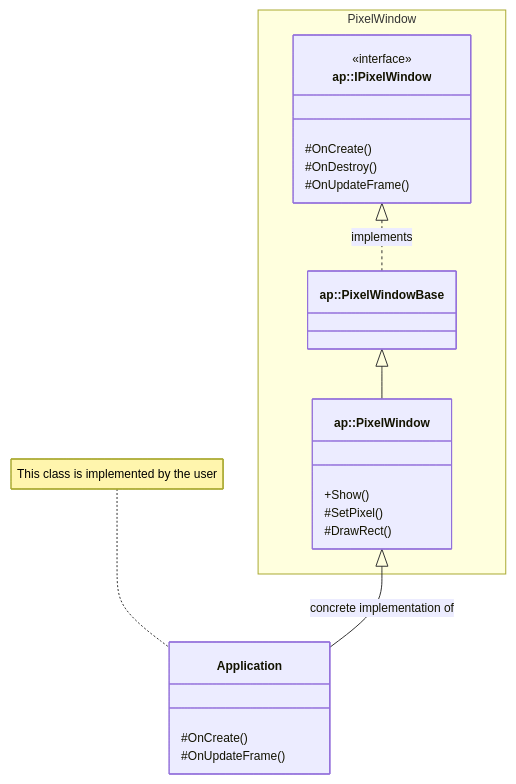
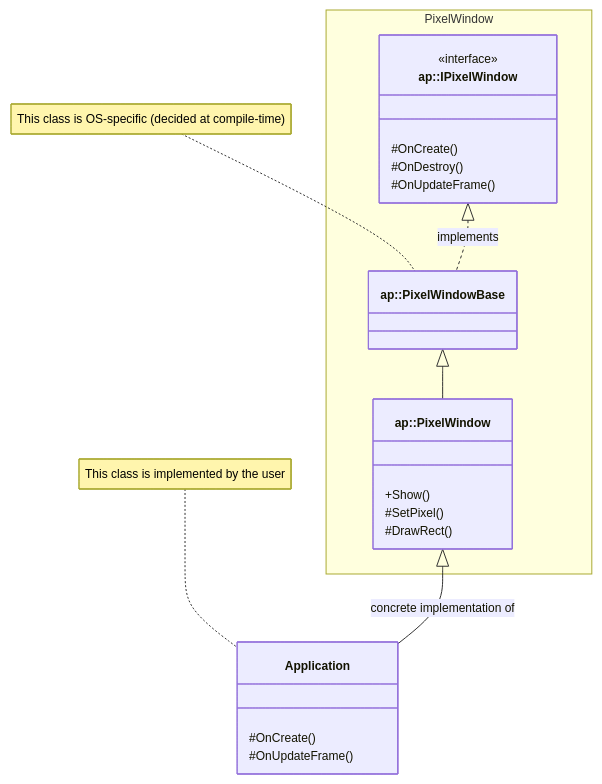
One commit to andy-poole/pixelwindow changed the diagram in README.md. Above: the diagram before and after it, drawn with Mermaid. The commit also changed other lines of this file and 2 other files, not shown here.

````diff
--- a/README.md
+++ b/README.md
@@ -96,28 +96,29 @@
 ```mermaid
 %%{init: {'themeVariables': {'fontSize': '12px'}}}%%
 
 classDiagram
     namespace `PixelWindow` {
     class `ap::IPixelWindow` {
         <<interface>>
         #OnCreate()
         #OnDestroy()
         #OnUpdateFrame()
     }
     class `ap::PixelWindowBase`
     class `ap::PixelWindow` {
         +Show()
         #SetPixel()
         #DrawRect()
     }
     }
     class Application {
         #OnCreate()
         #OnUpdateFrame()
     }
+    note for `ap::PixelWindowBase` "This class is OS-specific (decided at compile-time)"
     note for Application "This class is implemented by the user"
 
     `ap::IPixelWindow` <|.. `ap::PixelWindowBase` : implements
     `ap::PixelWindowBase` <|-- `ap::PixelWindow`
     `ap::PixelWindow` <|-- Application : concrete implementation of
 ```
````
